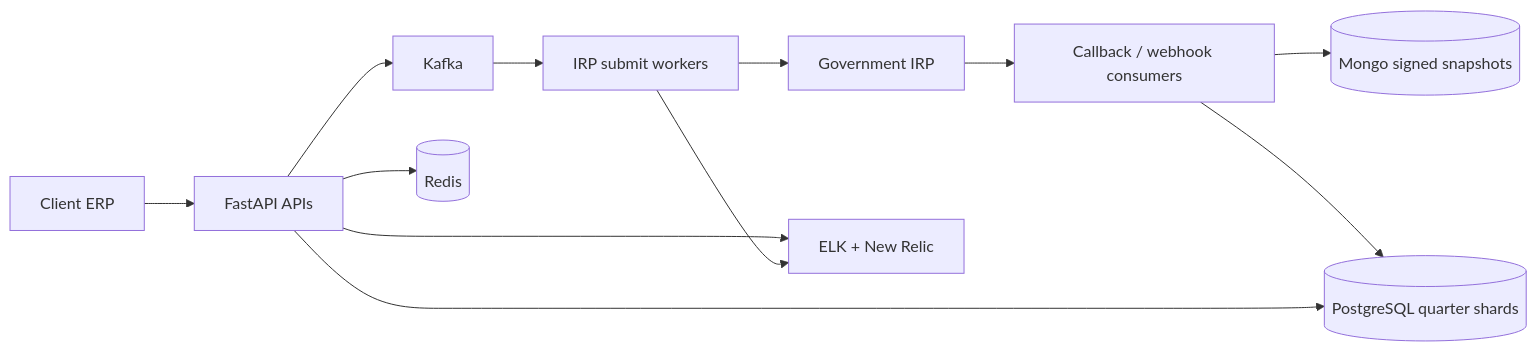
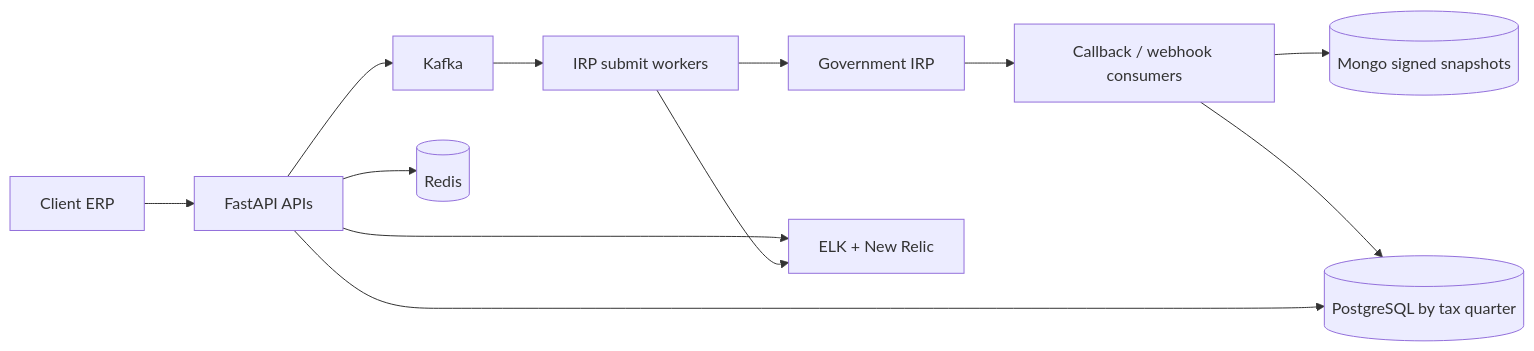
The diagram in campaign_pygo_xyz/interview_prep/architecture/04_masters_gst.md (TM-DEV-PRO/final-resume), drawn with Mermaid before and after one commit. The commit also changed other lines of this file and 168 other files, not shown here.

First line of the commit message:
Make v2/Java/Campaign one-page hubs with rendered architecture diagrams.

````diff
--- a/campaign_pygo_xyz/interview_prep/architecture/04_masters_gst.md
+++ b/campaign_pygo_xyz/interview_prep/architecture/04_masters_gst.md
@@ -26,22 +52,22 @@
 ```mermaid
 flowchart LR
   ERP[Client ERP]
   API[FastAPI APIs]
   KF[Kafka]
   W1[IRP submit workers]
   W2[Callback / webhook consumers]
-  PG[(PostgreSQL quarter shards)]
+  PG[(PostgreSQL by tax quarter)]
   MG[(Mongo signed snapshots)]
   RD[(Redis)]
   IRP[Government IRP]
   OBS[ELK + New Relic]
 
   ERP --> API --> KF
   KF --> W1 --> IRP
   IRP --> W2 --> MG
   W2 --> PG
   API --> PG
   API --> RD
   API --> OBS
   W1 --> OBS
 ```
````
